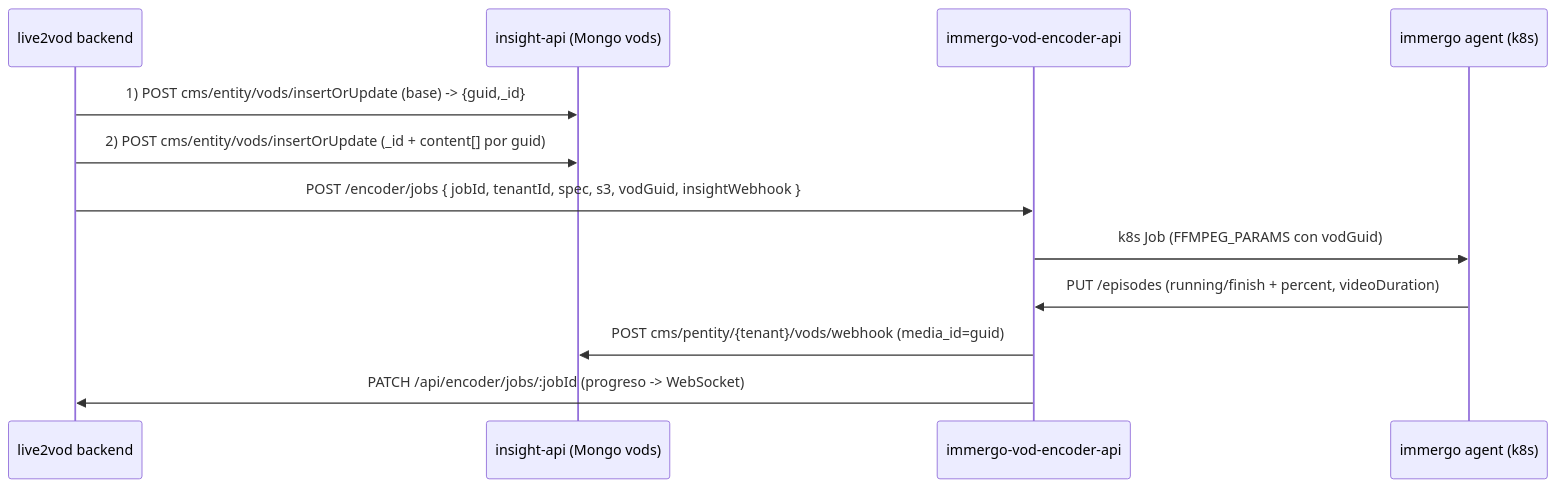
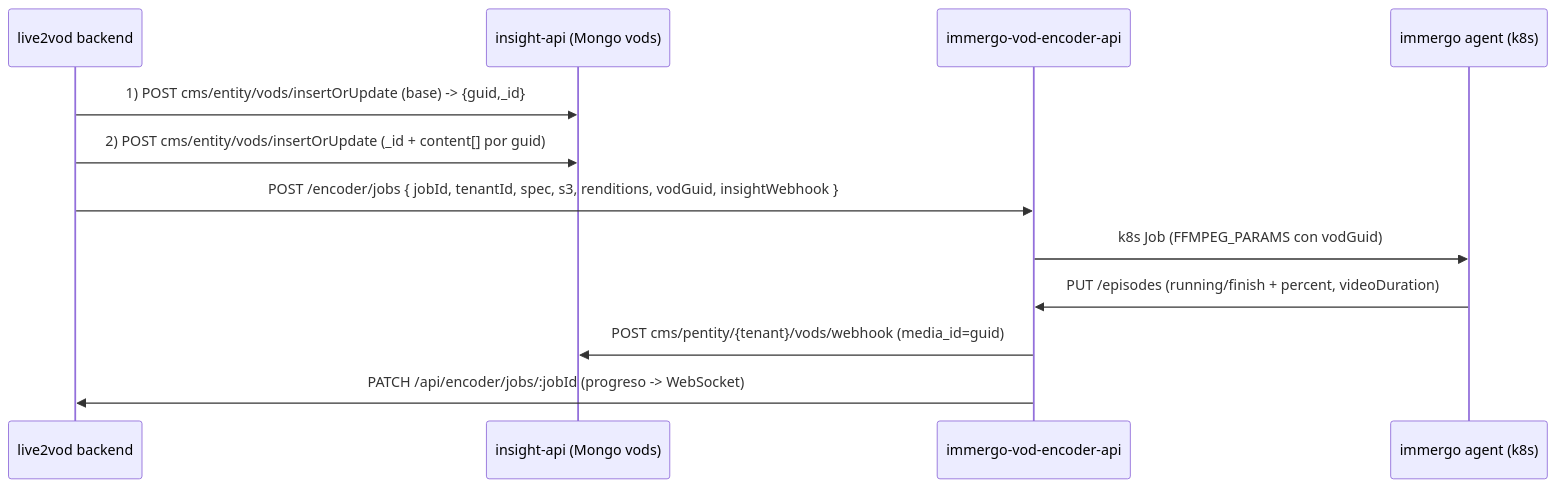
One commit to Immergo-Univ/insight-cms-live2vod changed the diagram in docs/live2vod-immergo-integration.md. Above: the diagram before and after it, drawn with Mermaid. The commit also changed other lines of this file and 5 other files, not shown here.

````diff
--- a/docs/live2vod-immergo-integration.md
+++ b/docs/live2vod-immergo-integration.md
@@ -9,14 +9,14 @@
 ```mermaid
 sequenceDiagram
   participant BFF as live2vod backend
   participant API as insight-api (Mongo vods)
   participant Enc as immergo-vod-encoder-api
   participant Agent as immergo agent (k8s)
   BFF->>API: 1) POST cms/entity/vods/insertOrUpdate (base) -> {guid,_id}
   BFF->>API: 2) POST cms/entity/vods/insertOrUpdate (_id + content[] por guid)
-  BFF->>Enc: POST /encoder/jobs { jobId, tenantId, spec, s3, vodGuid, insightWebhook }
+  BFF->>Enc: POST /encoder/jobs { jobId, tenantId, spec, s3, renditions, vodGuid, insightWebhook }
   Enc->>Agent: k8s Job (FFMPEG_PARAMS con vodGuid)
   Agent->>Enc: PUT /episodes (running/finish + percent, videoDuration)
   Enc->>API: POST cms/pentity/{tenant}/vods/webhook (media_id=guid)
   Enc->>BFF: PATCH /api/encoder/jobs/:jobId (progreso -> WebSocket)
 ```
````
